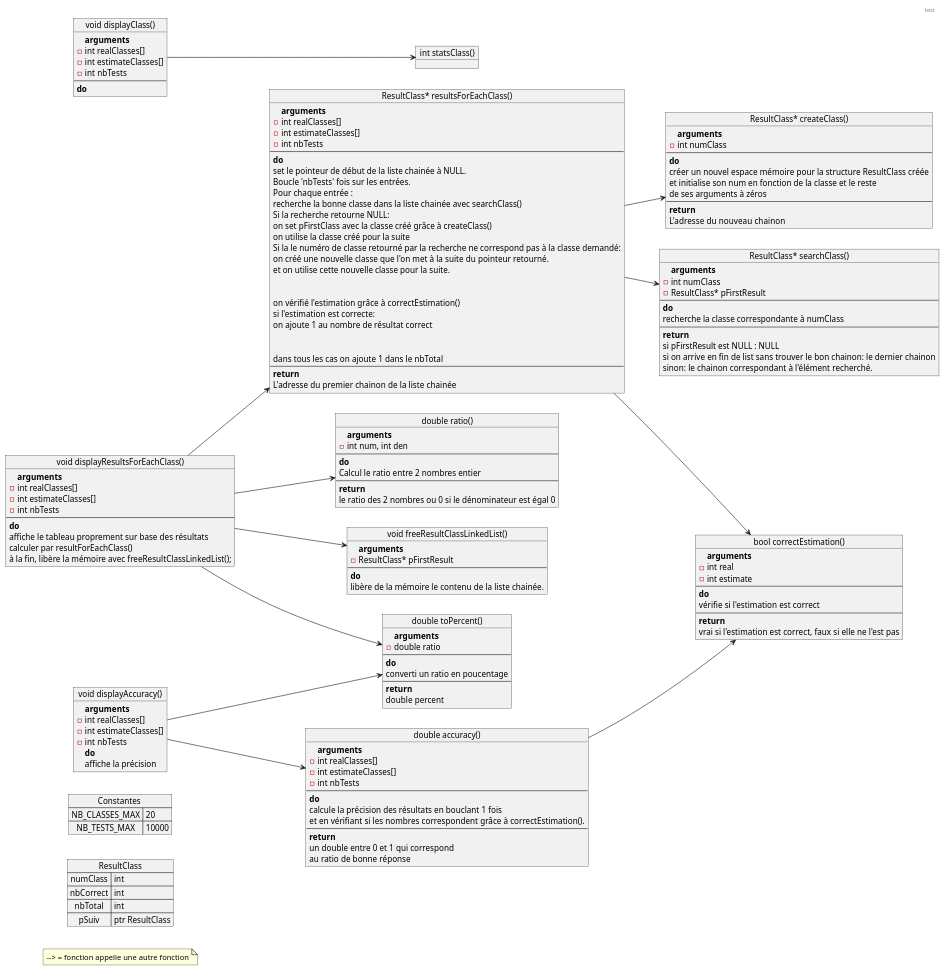
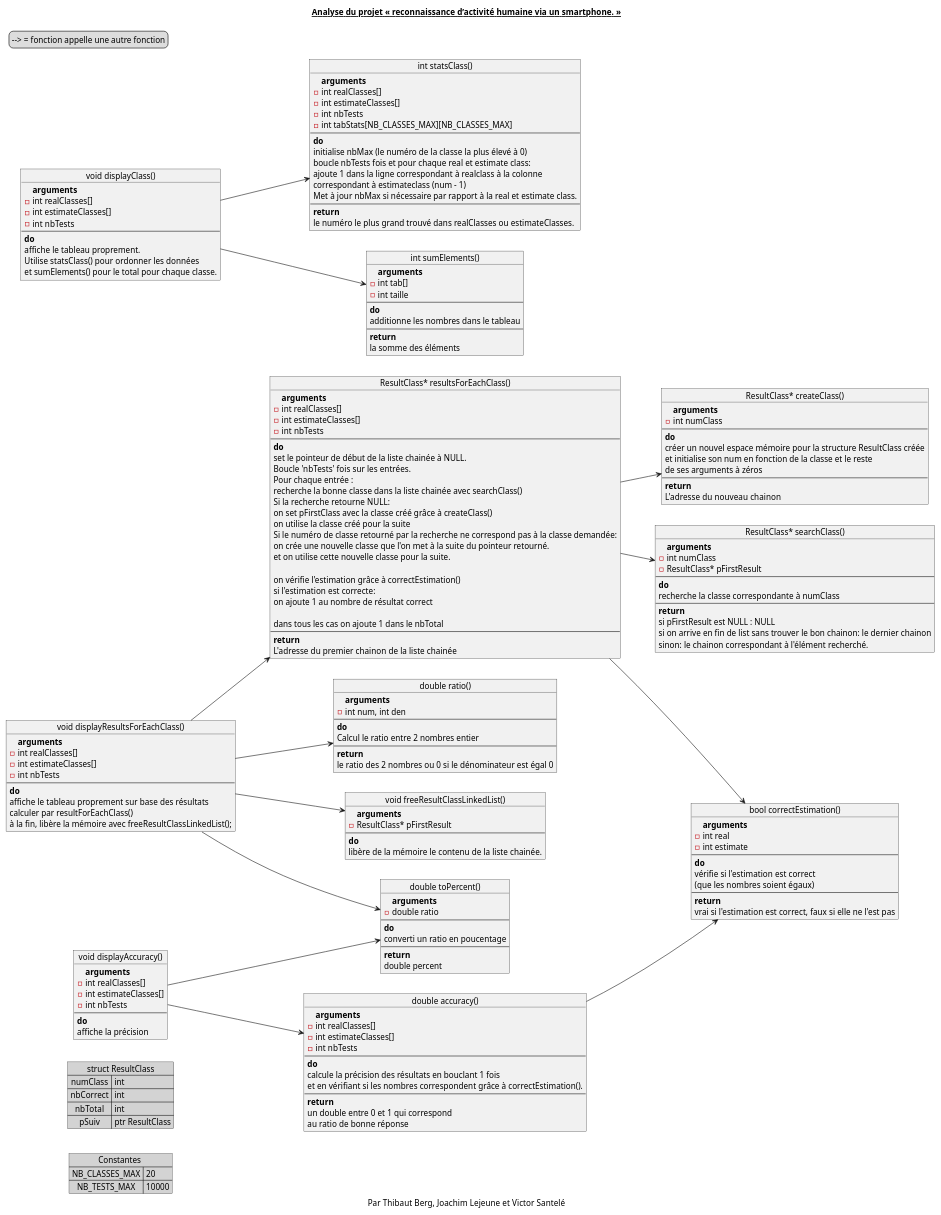
The diagram in schema.puml (vsantele/IG2-PNDI), drawn with PlantUML before and after one commit. The commit also changed 1 other file, not shown here.

```diff
--- a/schema.puml
+++ b/schema.puml
@@ -1,27 +1,26 @@
 @startuml programme
-header test
+title __**Analyse du projet « reconnaissance d’activité humaine via un smartphone. »**__
+caption Par Thibaut Berg, Joachim Lejeune  et Victor Santelé
 left to right direction
 
-together {
-    
-note "--> = fonction appelle une autre fonction" as note1
+legend top left
+--> = fonction appelle une autre fonction
+end legend
 
-map "Constantes " as constantes {
+
+
+map "Constantes " as constantes #lightgrey {
     NB_CLASSES_MAX => 20
     NB_TESTS_MAX => 10000
 }
 
-
-map "ResultClass"  as resClas {
+map "struct ResultClass"  as resClas #lightgrey {
     numClass => int
     nbCorrect => int
     nbTotal => int
     pSuiv => ptr ResultClass
 }
 
-note1 -[hidden] constantes
-note1 -[hidden] resClas
-}
 ' Fonctions affichage
 object "void displayResultsForEachClass()" as drfec {
     **arguments**
@@ -40,6 +39,7 @@
     - int realClasses[]
     - int estimateClasses[]
     - int nbTests
+    --
     **do**
     affiche la précision
 }
@@ -51,7 +51,9 @@
     - int nbTests
     --
     **do**
-     
+    affiche le tableau proprement.
+    Utilise statsClass() pour ordonner les données
+    et sumElements() pour le total pour chaque classe.
 }
 
 
@@ -71,16 +73,13 @@
     Si la recherche retourne NULL:
     on set pFirstClass avec la classe créé grâce à createClass()
     on utilise la classe créé pour la suite
-    Si la le numéro de classe retourné par la recherche ne correspond pas à la classe demandé:
-    on créé une nouvelle classe que l'on met à la suite du pointeur retourné.
-    et on utilise cette nouvelle classe pour la suite.
-    \n
-    on vérifié l'estimation grâce à correctEstimation()
+    Si le numéro de classe retourné par la recherche ne correspond pas à la classe demandée:
+    on crée une nouvelle classe que l'on met à la suite du pointeur retourné.
+    et on utilise cette nouvelle classe pour la suite. \n
+    on vérifie l'estimation grâce à correctEstimation()
     si l'estimation est correcte:
-    on ajoute 1 au nombre de résultat correct
-    \n
+    on ajoute 1 au nombre de résultat correct\n
     dans tous les cas on ajoute 1 dans le nbTotal
-    
     --
     **return**
     L'adresse du premier chainon de la liste chainée
@@ -93,6 +92,7 @@
     --
     **do**
     vérifie si l'estimation est correct
+    (que les nombres soient égaux)
     --
     **return**
     vrai si l'estimation est correct, faux si elle ne l'est pas
@@ -167,7 +167,34 @@
 }
 
 object "int statsClass()" as staCla {
+    **arguments**
+    - int realClasses[]
+    - int estimateClasses[]
+    - int nbTests
+    - int tabStats[NB_CLASSES_MAX][NB_CLASSES_MAX]
+    --
+    **do**
+    initialise nbMax (le numéro de la classe la plus élevé à 0)
+    boucle nbTests fois et pour chaque real et estimate class:
+    ajoute 1 dans la ligne correspondant à realclass à la colonne
+    correspondant à estimateclass (num - 1)
+    Met à jour nbMax si nécessaire par rapport à la real et estimate class.
     
+    --
+    **return**
+    le numéro le plus grand trouvé dans realClasses ou estimateClasses.
+}
+
+object "int sumElements()" as nbEl {
+    **arguments**
+    - int tab[]
+    - int taille
+    --
+    **do**
+    additionne les nombres dans le tableau
+    --
+    **return**
+    la somme des éléments
 }
 
 object "void freeResultClassLinkedList()" as freeRCLL {
@@ -179,7 +206,6 @@
 }
 
 ' Liens
-'main --> corEst
 main --> corEst
 main --> seaCla
 main --> creClass
@@ -191,6 +217,6 @@
 da --> pct
 drfec --> freeRCLL
 dc --> staCla
-' note left of drfec: "bonjour"
+dc --> nbEl
 
 @enduml
```
